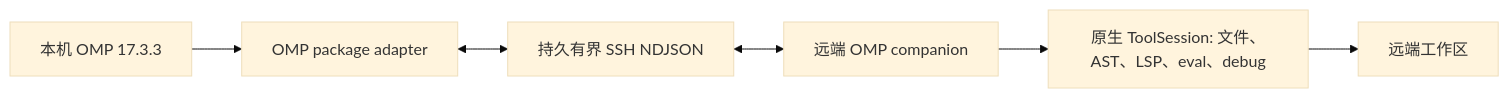
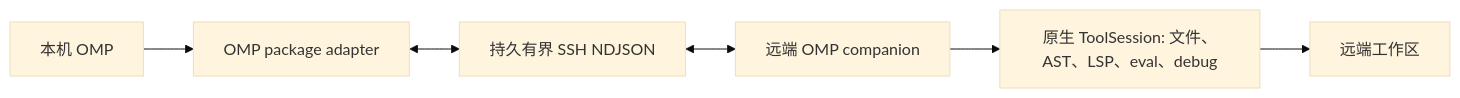
One commit to fuyao66/omp-ssh-remote changed the diagram in packages/omp/README.zh-CN.md. Above: the diagram before and after it, drawn with Mermaid (base theme). The commit also changed other lines of this file and 19 other files, not shown here.

First line of the commit message:
feat(omp): admit remote companions by schema, not version pin

````diff
--- a/packages/omp/README.zh-CN.md
+++ b/packages/omp/README.zh-CN.md
@@ -17,8 +17,8 @@
 ```mermaid
 flowchart LR
-  OMP[本机 OMP 17.3.3] --> Adapter[OMP package adapter]
+  OMP[本机 OMP] --> Adapter[OMP package adapter]
   Adapter <--> SSH[持久有界 SSH NDJSON]
   SSH <--> Worker[远端 OMP companion]
   Worker --> Tools[原生 ToolSession: 文件、AST、LSP、eval、debug]
   Tools --> RemoteFS[远端工作区]
 ```
````
